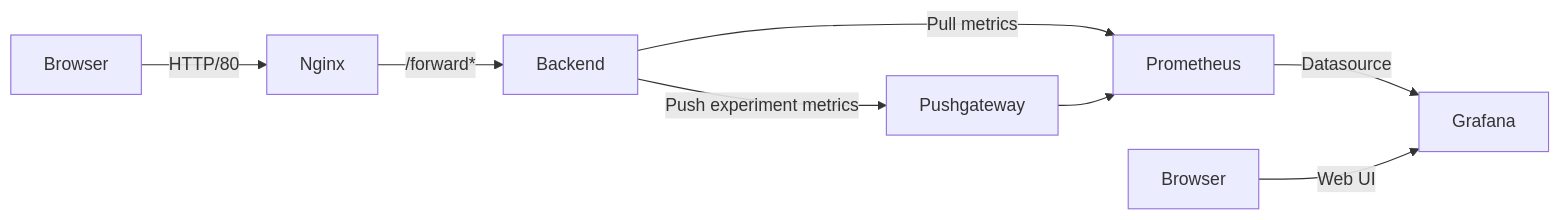
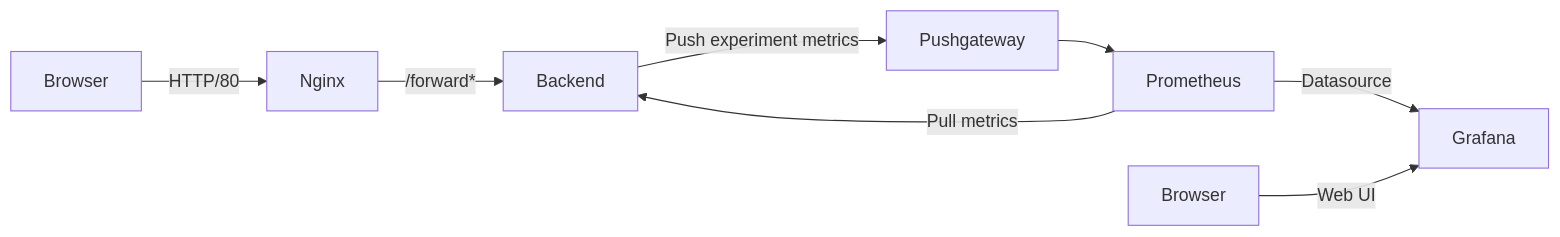
Before and after one commit to khoribz/ml-service: the diagram in README.md, drawn with Mermaid.

````diff
--- a/README.md
+++ b/README.md
@@ -23,9 +23,9 @@
 ```mermaid
 flowchart LR
     A[Browser] -- HTTP/80 --> Nginx
     Nginx -- /forward* --> Backend
-    Backend -- Pull metrics --> Prometheus
+    Prometheus -- Pull metrics --> Backend
     Backend -- Push experiment metrics --> Pushgateway --> Prometheus
     Prometheus -- Datasource --> Grafana
     Browser -- Web UI --> Grafana
 ```
````
